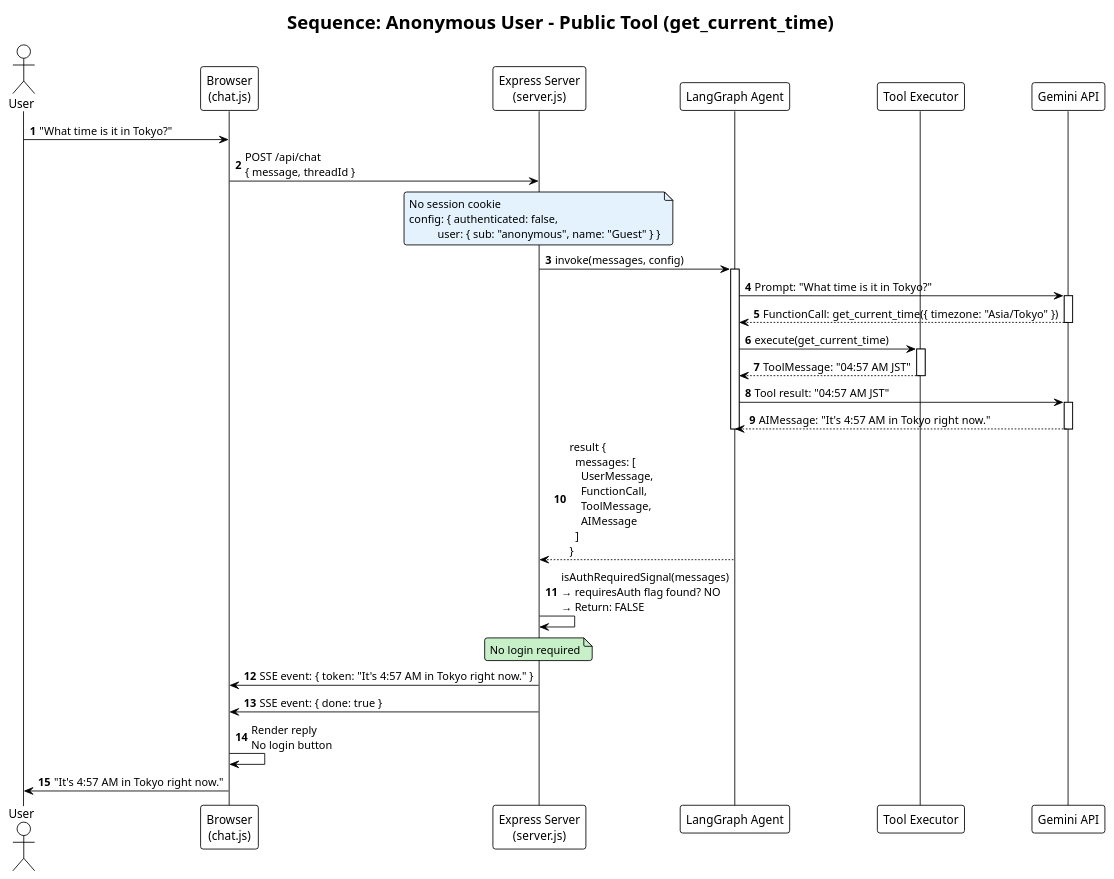
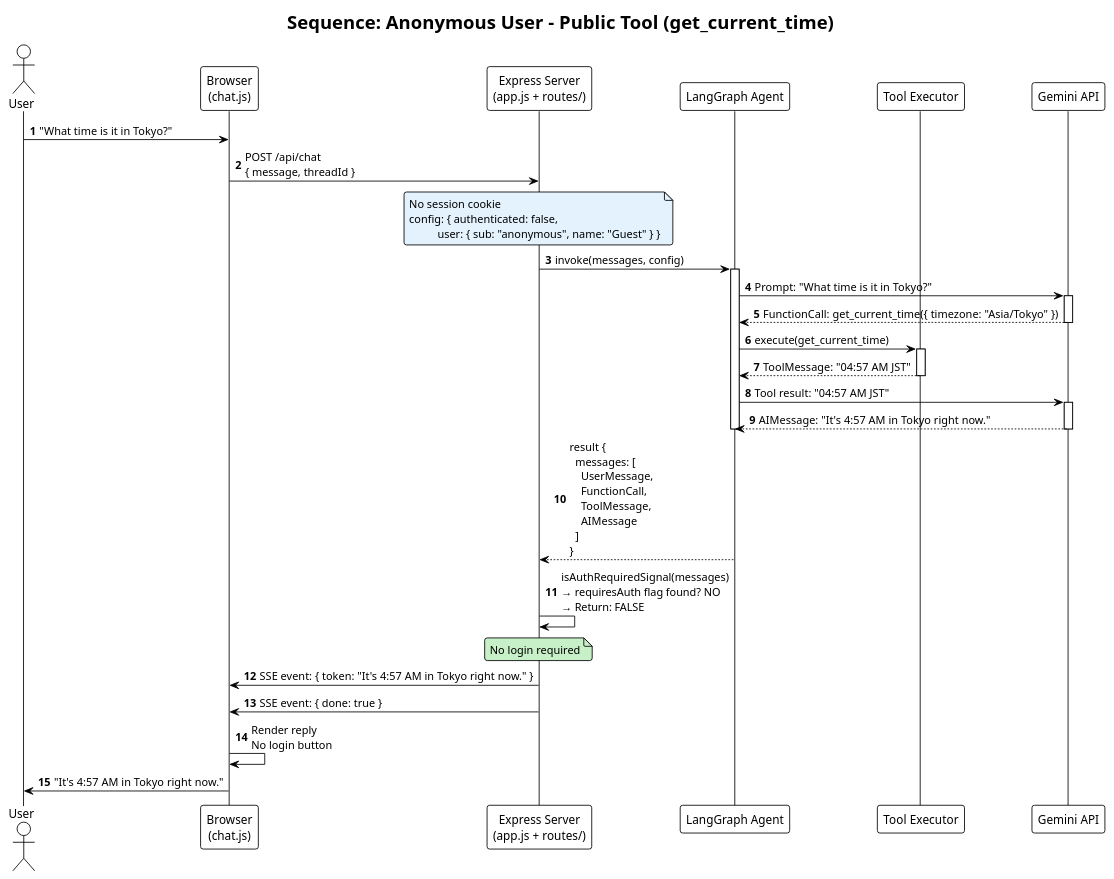
One commit to malotian/node-ai-assitant changed the diagram in docs/01_anonymous_public_tool.puml. Above: the diagram before and after it, drawn with PlantUML. The commit also changed 33 other files, not shown here.

```diff
--- a/docs/01_anonymous_public_tool.puml
+++ b/docs/01_anonymous_public_tool.puml
@@ -1,58 +1,58 @@
 @startuml Anonymous_Public_Tool
 !theme plain
 autonumber
 skinparam shadowing false
 skinparam roundcorner 6
 skinparam defaultFontName Arial
 skinparam lifelineStrategy solid
 
 title Sequence: Anonymous User - Public Tool (get_current_time)
 
 actor User
 participant "Browser\n(chat.js)" as UI
-participant "Express Server\n(server.js)" as Server
+participant "Express Server\n(app.js + routes/)" as Server
 participant "LangGraph Agent" as Agent
 participant "Tool Executor" as Tools
 participant "Gemini API" as LLM
 
 User -> UI : "What time is it in Tokyo?"
 UI -> Server : POST /api/chat\n{ message, threadId }
 note over Server #e3f2fd
   No session cookie
   config: { authenticated: false,
             user: { sub: "anonymous", name: "Guest" } }
 end note
 
 Server -> Agent : invoke(messages, config)
 activate Agent
 
 Agent -> LLM : Prompt: "What time is it in Tokyo?"
 activate LLM
 LLM --> Agent : FunctionCall: get_current_time({ timezone: "Asia/Tokyo" })
 deactivate LLM
 
 Agent -> Tools : execute(get_current_time)
 activate Tools
 Tools --> Agent : ToolMessage: "04:57 AM JST"
 deactivate Tools
 
 Agent -> LLM : Tool result: "04:57 AM JST"
 activate LLM
 LLM --> Agent : AIMessage: "It's 4:57 AM in Tokyo right now."
 deactivate LLM
 
 deactivate Agent
 Agent --> Server : result {\n  messages: [\n    UserMessage,\n    FunctionCall,\n    ToolMessage,\n    AIMessage\n  ]\n}
 
 Server -> Server : isAuthRequiredSignal(messages)\n→ requiresAuth flag found? NO\n→ Return: FALSE
 note over Server #c8f0c8
   No login required
 end note
 
 Server -> UI : SSE event: { token: "It's 4:57 AM in Tokyo right now." }
 Server -> UI : SSE event: { done: true }
 
 UI -> UI : Render reply\nNo login button
 UI -> User : "It's 4:57 AM in Tokyo right now."
 
 @enduml
```
